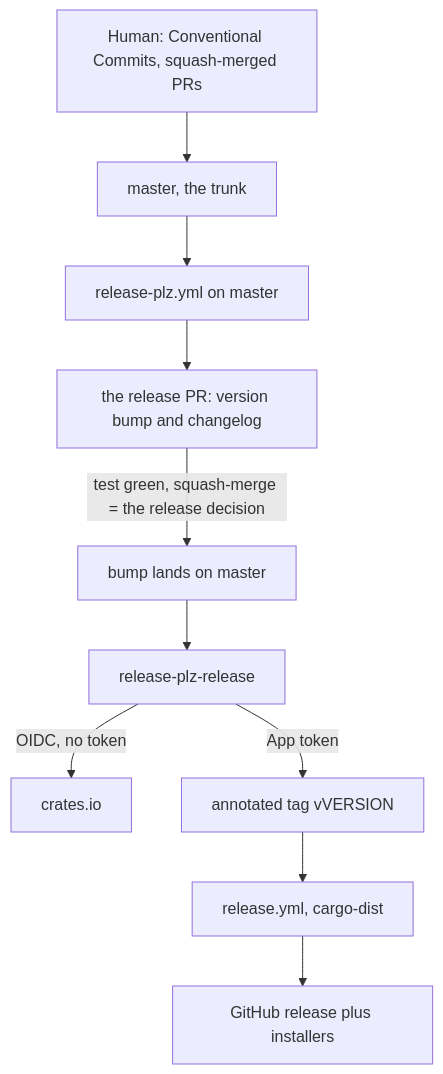
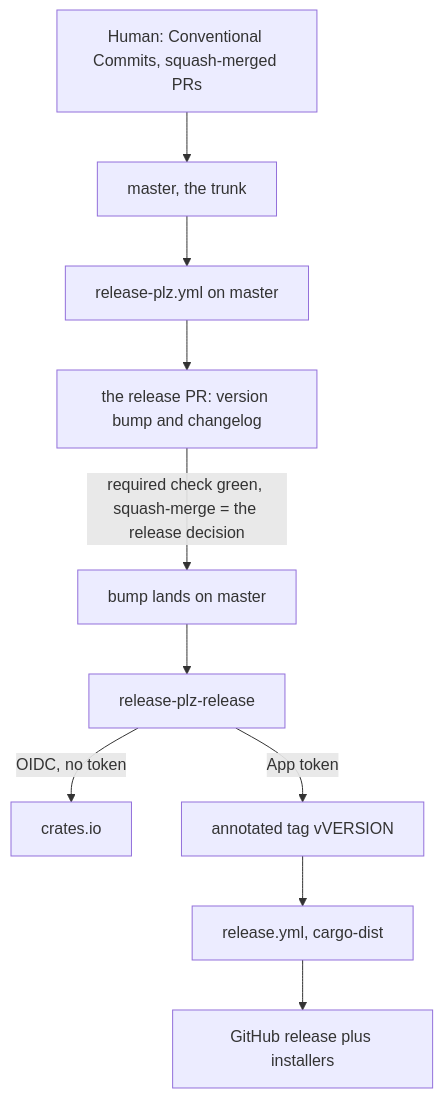
One commit to gubasso/release-kit changed the first of 2 diagrams in _docs/guides/release/README.md. Above: the diagram before and after it, drawn with Mermaid. The commit also changed other lines of this file and 17 other files, not shown here.

````diff
--- a/_docs/guides/release/README.md
+++ b/_docs/guides/release/README.md
@@ -19,12 +35,12 @@
 ```mermaid
 flowchart TD
     H["Human: Conventional Commits, squash-merged PRs"] --> M["master, the trunk"]
     M --> RP["release-plz.yml on master"]
     RP --> PR["the release PR: version bump and changelog"]
-    PR -->|"test green, squash-merge = the release decision"| B["bump lands on master"]
+    PR -->|"required check green, squash-merge = the release decision"| B["bump lands on master"]
     B --> REL["release-plz-release"]
     REL -->|"OIDC, no token"| C["crates.io"]
     REL -->|"App token"| T["annotated tag vVERSION"]
     T --> CD["release.yml, cargo-dist"]
     CD --> GH["GitHub release plus installers"]
 ```
````
